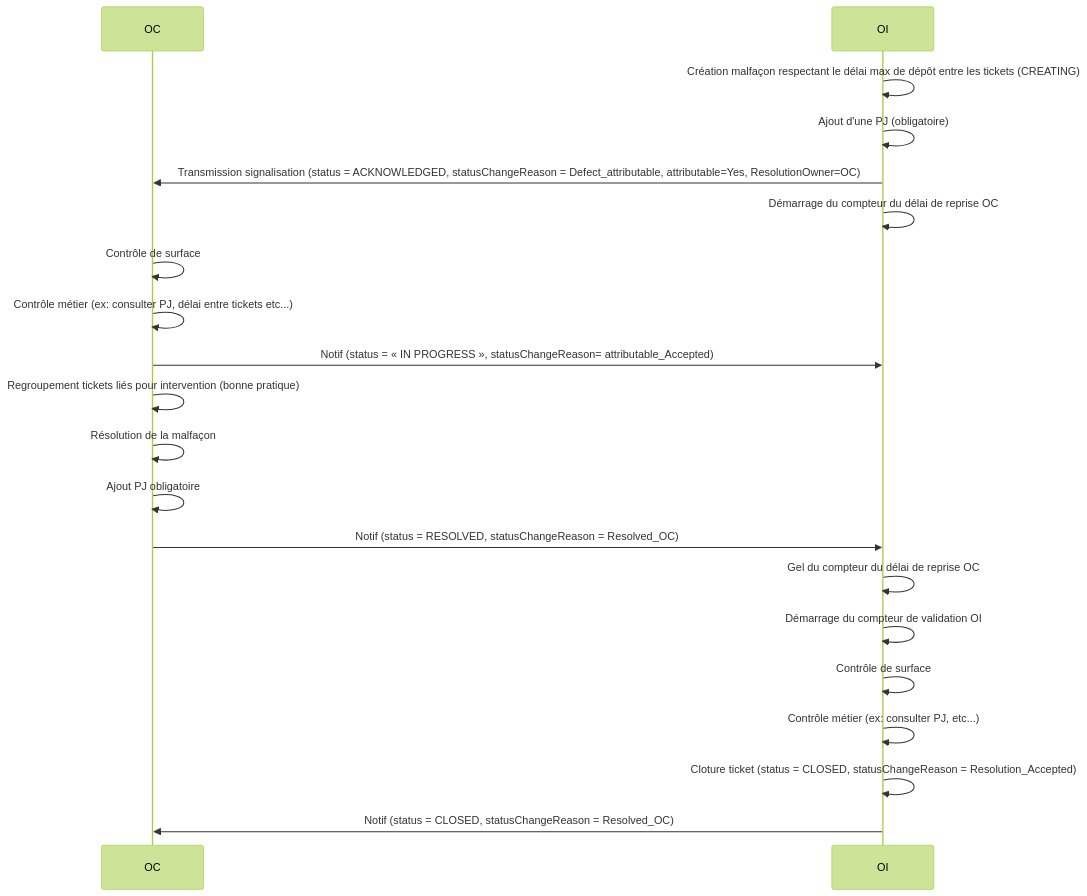
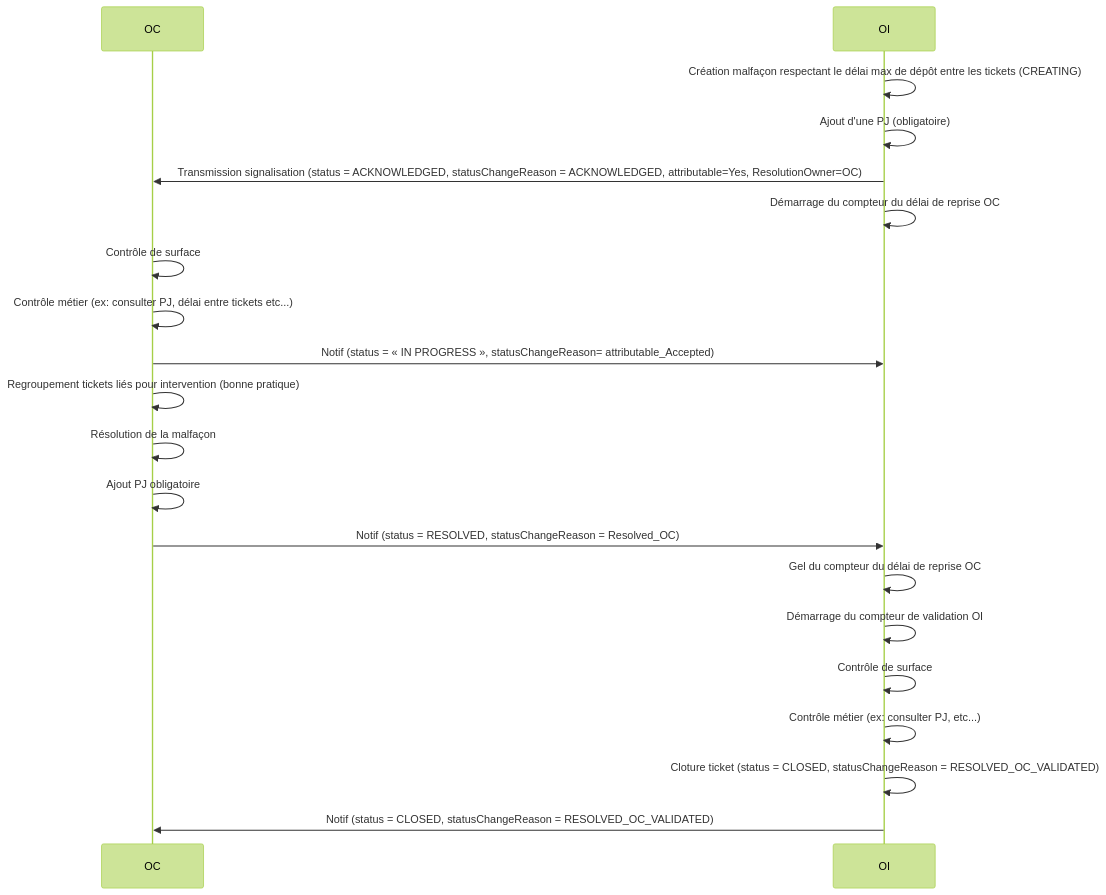
One commit to before-interop/malfacon changed the first of 12 diagrams in README.md. Above: the diagram before and after it, drawn with Mermaid (forest theme). The commit also changed other lines of this file, not shown here.

````diff
--- a/README.md
+++ b/README.md
@@ -326,24 +326,24 @@
 ```mermaid
 sequenceDiagram
 
   participant OC
   participant OI
 
   OI->>OI: Création malfaçon respectant le délai max de dépôt entre les tickets (CREATING)
   OI->>OI: Ajout d'une PJ (obligatoire)
-  OI->>OC: Transmission signalisation (status = ACKNOWLEDGED, statusChangeReason = Defect_attributable, attributable=Yes, ResolutionOwner=OC)
+  OI->>OC: Transmission signalisation (status = ACKNOWLEDGED, statusChangeReason = ACKNOWLEDGED, attributable=Yes, ResolutionOwner=OC)
   OI->>OI: Démarrage du compteur du délai de reprise OC
   OC->>OC: Contrôle de surface
   OC->>OC: Contrôle métier (ex: consulter PJ, délai entre tickets etc...)
   OC->>OI: Notif (status = « IN PROGRESS », statusChangeReason= attributable_Accepted)
   OC->>OC: Regroupement tickets liés pour intervention (bonne pratique)
   OC->>OC: Résolution de la malfaçon
   OC->>OC: Ajout PJ obligatoire
   OC->>OI: Notif (status = RESOLVED, statusChangeReason = Resolved_OC)
   OI->>OI: Gel du compteur du délai de reprise OC
   OI->>OI: Démarrage du compteur de validation OI
   OI->>OI: Contrôle de surface
   OI->>OI: Contrôle métier (ex: consulter PJ, etc...)
-  OI->>OI: Cloture ticket (status = CLOSED, statusChangeReason = Resolution_Accepted)
-  OI->>OC: Notif (status = CLOSED, statusChangeReason = Resolved_OC)
+  OI->>OI: Cloture ticket (status = CLOSED, statusChangeReason = RESOLVED_OC_VALIDATED)
+  OI->>OC: Notif (status = CLOSED, statusChangeReason = RESOLVED_OC_VALIDATED)
 ```
````
